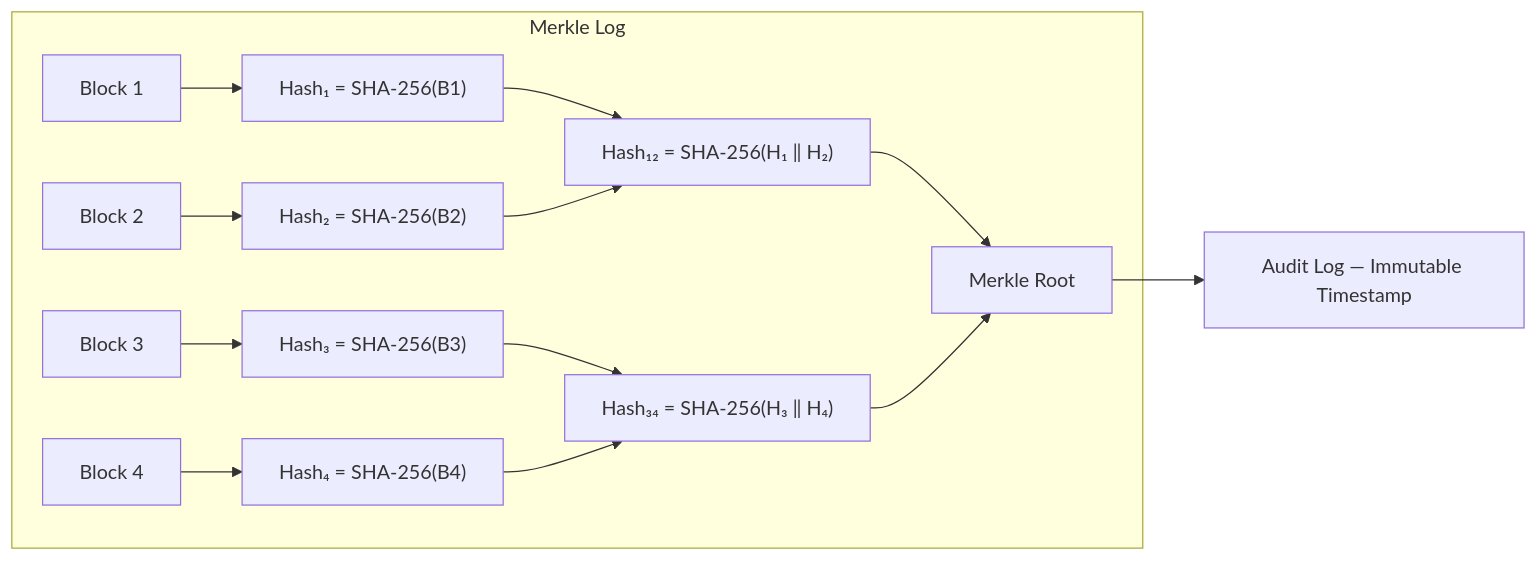
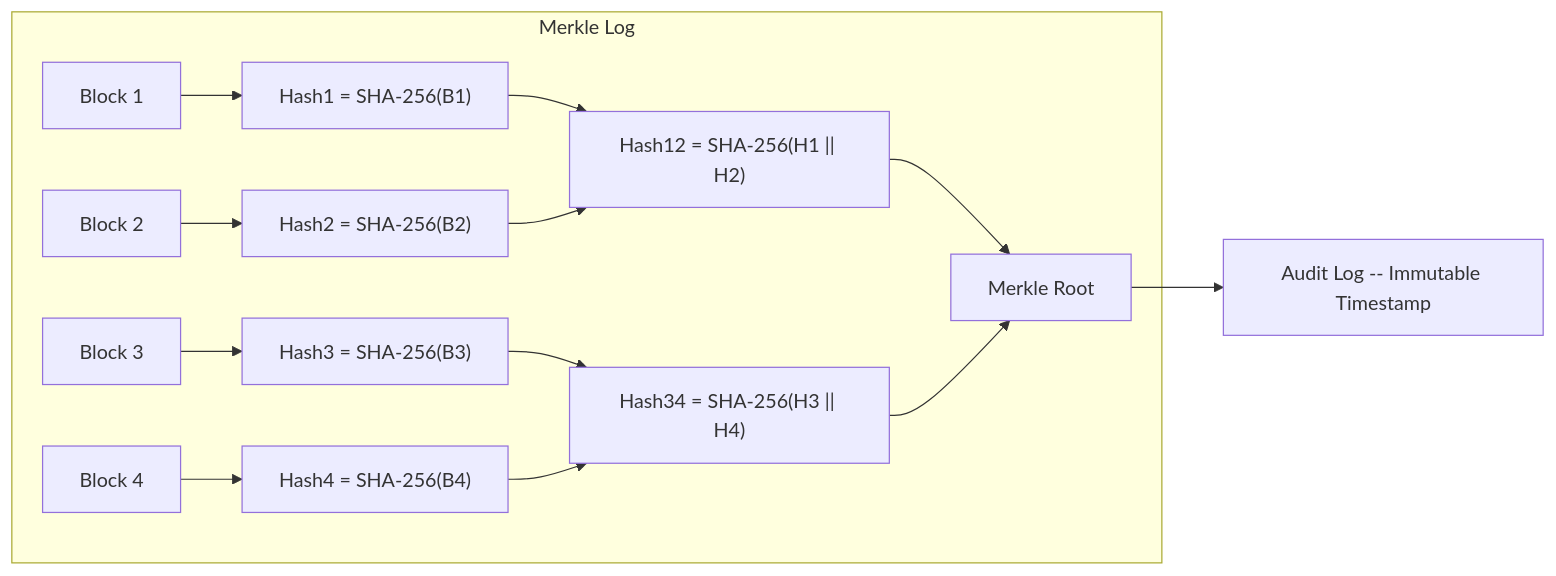
One commit to AmedeoPelliccia/AmedeoPelliccia changed the fourth of 9 diagrams in AI-BOOST/DEL-03-data-management-plan.md. Above: the diagram before and after it, drawn with Mermaid. The commit also changed other lines of this file, not shown here.

Commit message:
Address code review: improve accessibility and visual clarity in diagrams

````diff
--- a/AI-BOOST/DEL-03-data-management-plan.md
+++ b/AI-BOOST/DEL-03-data-management-plan.md
@@ -587,17 +586,17 @@
 ```mermaid
 flowchart LR
     subgraph Merkle Log
-        B1["Block 1"] --> H1["Hash₁ = SHA-256(B1)"]
-        B2["Block 2"] --> H2["Hash₂ = SHA-256(B2)"]
-        H1 --> H12["Hash₁₂ = SHA-256(H₁ ‖ H₂)"]
+        B1["Block 1"] --> H1["Hash1 = SHA-256(B1)"]
+        B2["Block 2"] --> H2["Hash2 = SHA-256(B2)"]
+        H1 --> H12["Hash12 = SHA-256(H1 || H2)"]
         H2 --> H12
-        B3["Block 3"] --> H3["Hash₃ = SHA-256(B3)"]
-        B4["Block 4"] --> H4["Hash₄ = SHA-256(B4)"]
-        H3 --> H34["Hash₃₄ = SHA-256(H₃ ‖ H₄)"]
+        B3["Block 3"] --> H3["Hash3 = SHA-256(B3)"]
+        B4["Block 4"] --> H4["Hash4 = SHA-256(B4)"]
+        H3 --> H34["Hash34 = SHA-256(H3 || H4)"]
         H4 --> H34
         H12 --> ROOT["Merkle Root"]
         H34 --> ROOT
     end
 
-    ROOT --> AUDIT["Audit Log — Immutable Timestamp"]
+    ROOT --> AUDIT["Audit Log -- Immutable Timestamp"]
 ```
````
